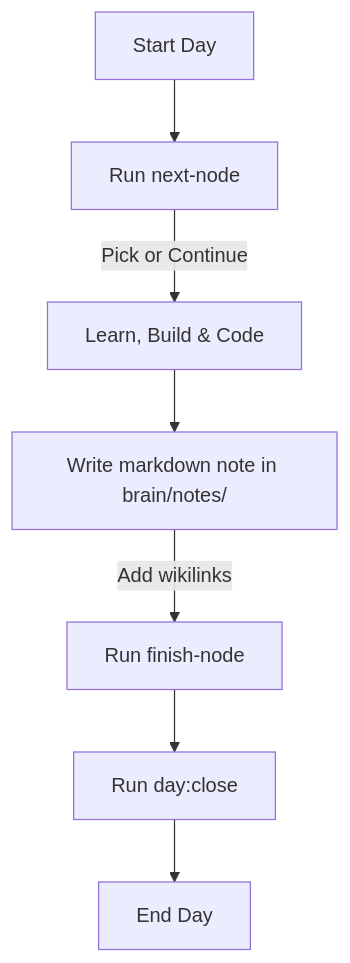
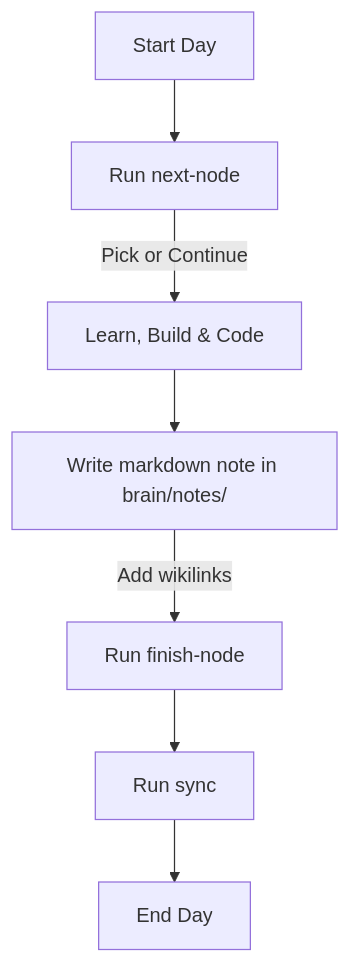
One commit to tharungajula2/ai-knowledge-graph changed the diagram in docs/DAILY_RITUAL.md. Above: the diagram before and after it, drawn with Mermaid. The commit also changed other lines of this file and 17 other files, not shown here.

````diff
--- a/docs/DAILY_RITUAL.md
+++ b/docs/DAILY_RITUAL.md
@@ -11,9 +11,9 @@
 ```mermaid
 graph TD
     A[Start Day] --> B[Run next-node]
     B -->|Pick or Continue| C[Learn, Build & Code]
     C --> D[Write markdown note in brain/notes/]
     D -->|Add wikilinks| E[Run finish-node]
-    E --> F[Run day:close]
+    E --> F[Run sync]
     F --> G[End Day]
 ```
````
